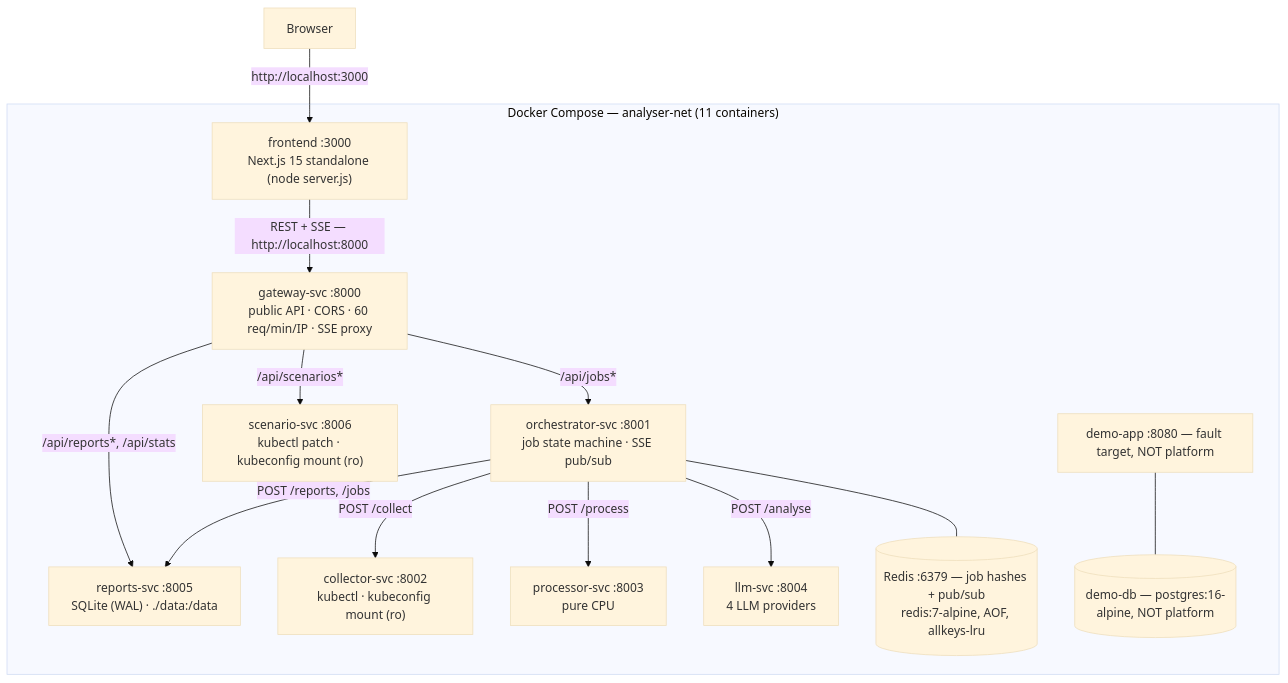
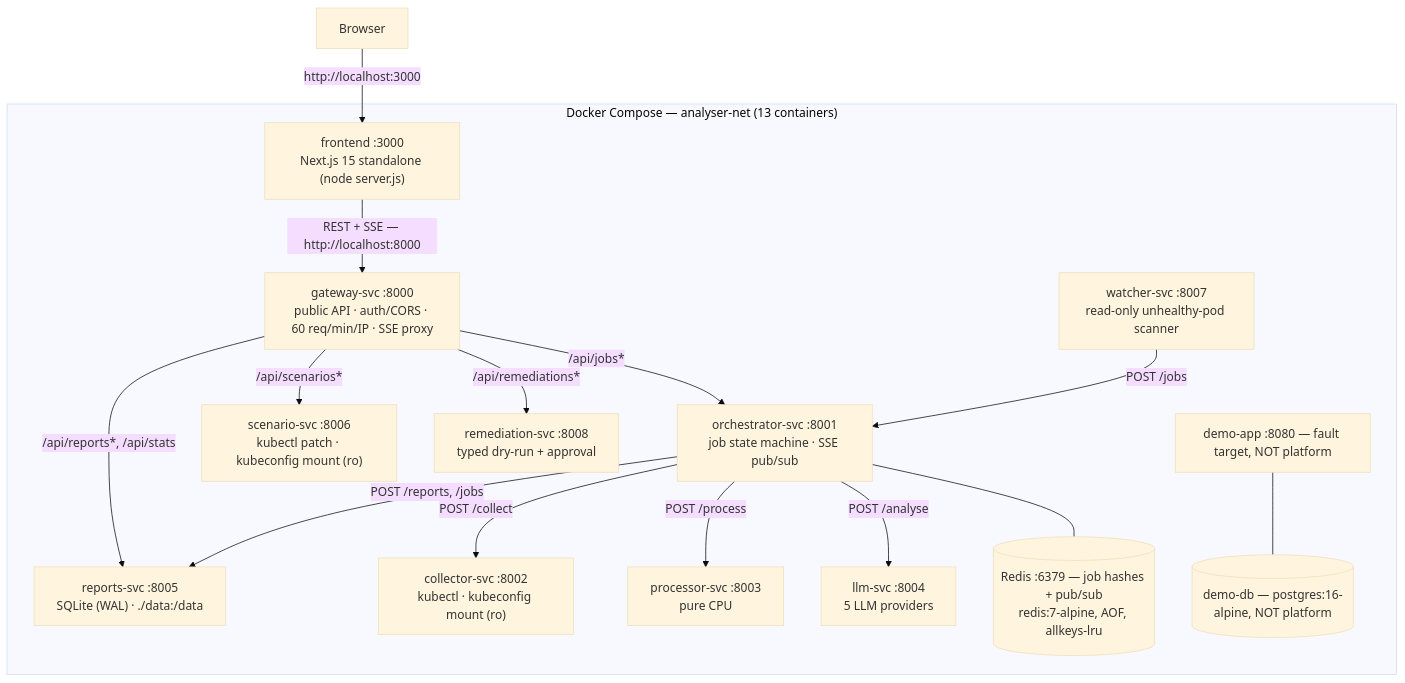
One commit to 1hirak/k8s-llm-incident-analyser-v2 changed the second of 18 diagrams in docs/Technical-Documentation.md. Above: the diagram before and after it, drawn with Mermaid (base theme). The commit also changed other lines of this file and 9 other files, not shown here.

````diff
--- a/docs/Technical-Documentation.md
+++ b/docs/Technical-Documentation.md
@@ -150,29 +153,33 @@
 ```mermaid
 flowchart TD
     Browser["Browser"] -->|"http://localhost:3000"| FE
 
-    subgraph Compose["Docker Compose — analyser-net (11 containers)"]
+    subgraph Compose["Docker Compose — analyser-net (13 containers)"]
         FE["frontend :3000<br>Next.js 15 standalone (node server.js)"]
-        GW["gateway-svc :8000<br>public API · CORS · 60 req/min/IP · SSE proxy"]
+        GW["gateway-svc :8000<br>public API · auth/CORS · 60 req/min/IP · SSE proxy"]
         ORCH["orchestrator-svc :8001<br>job state machine · SSE pub/sub"]
         REPO["reports-svc :8005<br>SQLite (WAL) · ./data:/data"]
         SCEN["scenario-svc :8006<br>kubectl patch · kubeconfig mount (ro)"]
         COLL["collector-svc :8002<br>kubectl · kubeconfig mount (ro)"]
         PROC["processor-svc :8003<br>pure CPU"]
-        LLM["llm-svc :8004<br>4 LLM providers"]
+        LLM["llm-svc :8004<br>5 LLM providers"]
+        WATCH["watcher-svc :8007<br>read-only unhealthy-pod scanner"]
+        REM["remediation-svc :8008<br>typed dry-run + approval"]
         REDIS[("Redis :6379 — job hashes + pub/sub<br>redis:7-alpine, AOF, allkeys-lru")]
         DEMO["demo-app :8080 — fault target, NOT platform"]
         DB[("demo-db — postgres:16-alpine, NOT platform")]
     end
 
     FE -->|"REST + SSE — http://localhost:8000"| GW
     GW -->|"/api/jobs*"| ORCH
     GW -->|"/api/reports*, /api/stats"| REPO
     GW -->|"/api/scenarios*"| SCEN
+    GW -->|"/api/remediations*"| REM
+    WATCH -->|"POST /jobs"| ORCH
     ORCH -->|"POST /reports, /jobs"| REPO
     ORCH -->|"POST /collect"| COLL
     ORCH -->|"POST /process"| PROC
     ORCH -->|"POST /analyse"| LLM
     ORCH --- REDIS
     DEMO --- DB
 ```
````
